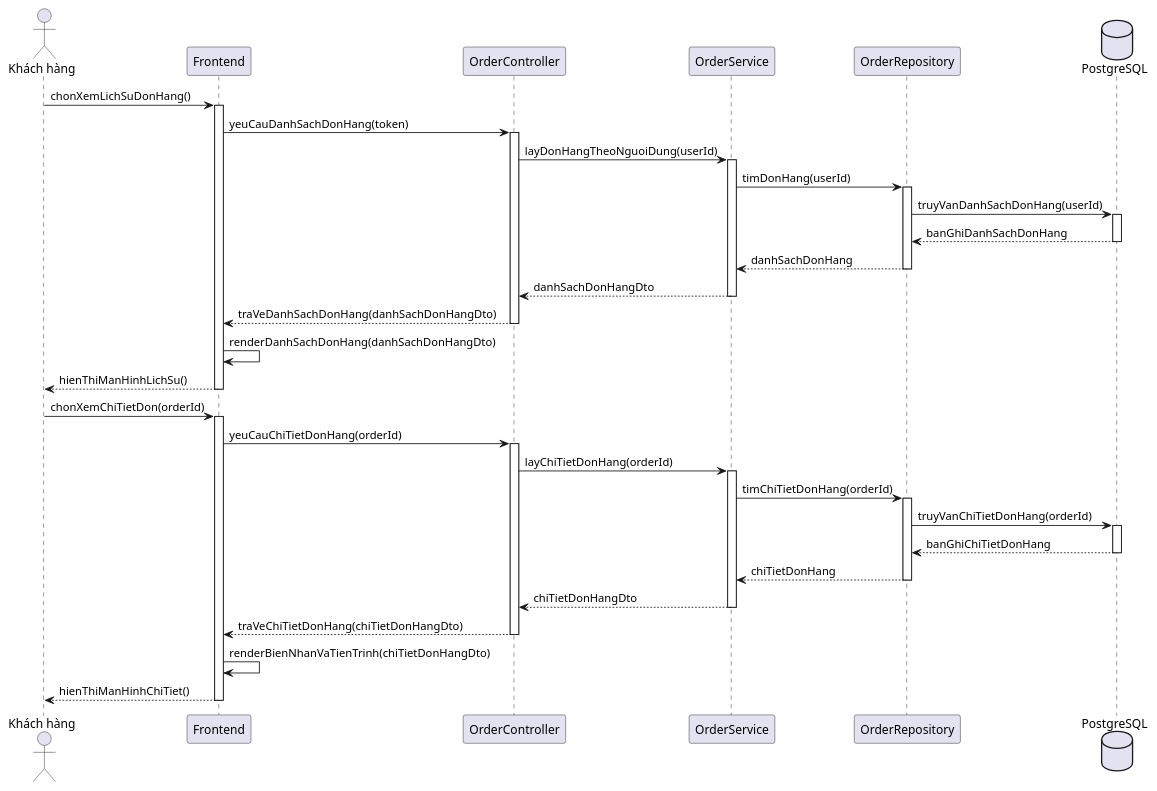
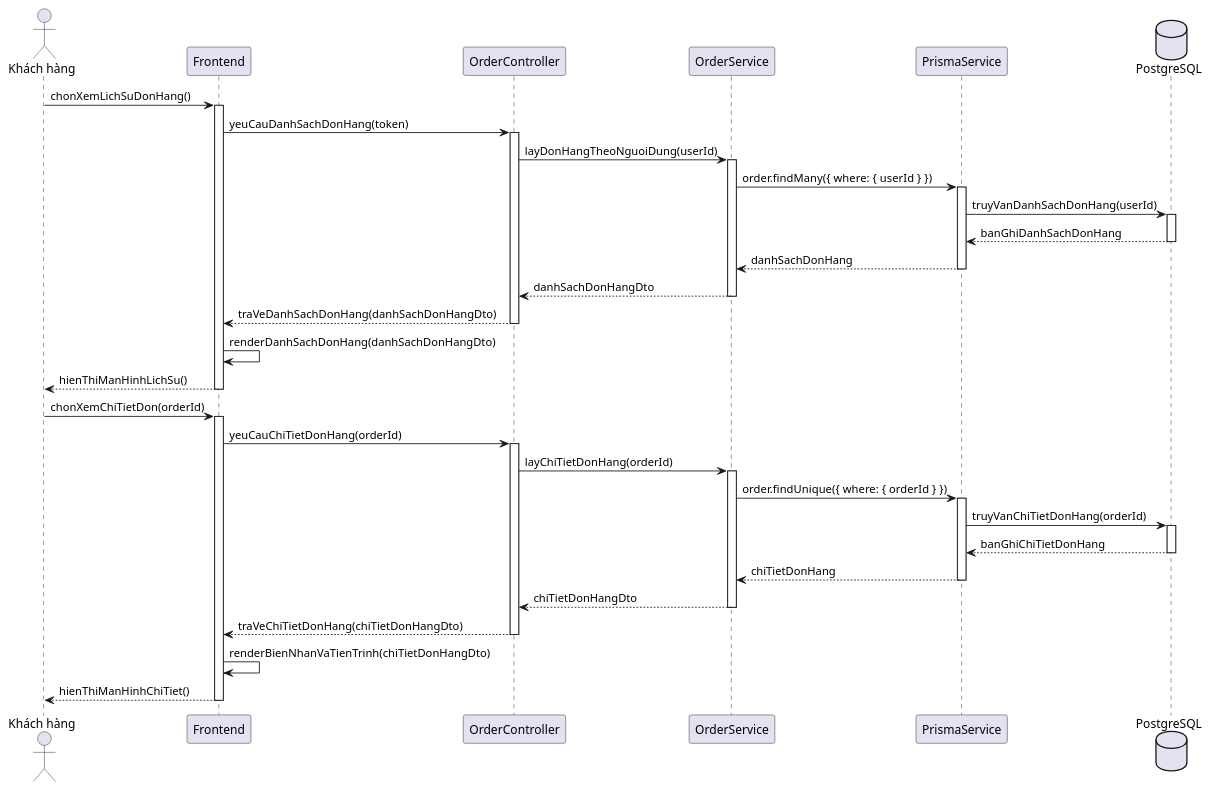
One commit to Phuc280106/BrewLite2 changed the diagram in docs/diagrams/transaction/sequence-order-history.puml. Above: the diagram before and after it, drawn with PlantUML. The commit also changed 5 other files, not shown here.

Commit message:
docs(diagrams): cap nhat usecase va sequence cho cac phan he theo gop y review

```diff
--- a/docs/diagrams/transaction/sequence-order-history.puml
+++ b/docs/diagrams/transaction/sequence-order-history.puml
@@ -1,61 +1,61 @@
 @startuml
 actor "Khách hàng" as Customer
 participant "Frontend" as UI
 participant "OrderController" as Controller
 participant "OrderService" as Service
-participant "OrderRepository" as Repo
+participant "PrismaService" as Prisma
 database "PostgreSQL" as DB
 
 Customer -> UI : chonXemLichSuDonHang()
 activate UI
 UI -> Controller : yeuCauDanhSachDonHang(token)
 activate Controller
 
 Controller -> Service : layDonHangTheoNguoiDung(userId)
 activate Service
 
-Service -> Repo : timDonHang(userId)
-activate Repo
-Repo -> DB : truyVanDanhSachDonHang(userId)
+Service -> Prisma : order.findMany({ where: { userId } })
+activate Prisma
+Prisma -> DB : truyVanDanhSachDonHang(userId)
 activate DB
-DB --> Repo : banGhiDanhSachDonHang
+DB --> Prisma : banGhiDanhSachDonHang
 deactivate DB
-Repo --> Service : danhSachDonHang
-deactivate Repo
+Prisma --> Service : danhSachDonHang
+deactivate Prisma
 
 Service --> Controller : danhSachDonHangDto
 deactivate Service
 
 Controller --> UI : traVeDanhSachDonHang(danhSachDonHangDto)
 deactivate Controller
 UI -> UI : renderDanhSachDonHang(danhSachDonHangDto)
 UI --> Customer : hienThiManHinhLichSu()
 deactivate UI
 
 Customer -> UI : chonXemChiTietDon(orderId)
 activate UI
 UI -> Controller : yeuCauChiTietDonHang(orderId)
 activate Controller
 
 Controller -> Service : layChiTietDonHang(orderId)
 activate Service
 
-Service -> Repo : timChiTietDonHang(orderId)
-activate Repo
-Repo -> DB : truyVanChiTietDonHang(orderId)
+Service -> Prisma : order.findUnique({ where: { orderId } })
+activate Prisma
+Prisma -> DB : truyVanChiTietDonHang(orderId)
 activate DB
-DB --> Repo : banGhiChiTietDonHang
+DB --> Prisma : banGhiChiTietDonHang
 deactivate DB
-Repo --> Service : chiTietDonHang
-deactivate Repo
+Prisma --> Service : chiTietDonHang
+deactivate Prisma
 
 Service --> Controller : chiTietDonHangDto
 deactivate Service
 
 Controller --> UI : traVeChiTietDonHang(chiTietDonHangDto)
 deactivate Controller
 
 UI -> UI : renderBienNhanVaTienTrinh(chiTietDonHangDto)
 UI --> Customer : hienThiManHinhChiTiet()
 deactivate UI
 @enduml
```
